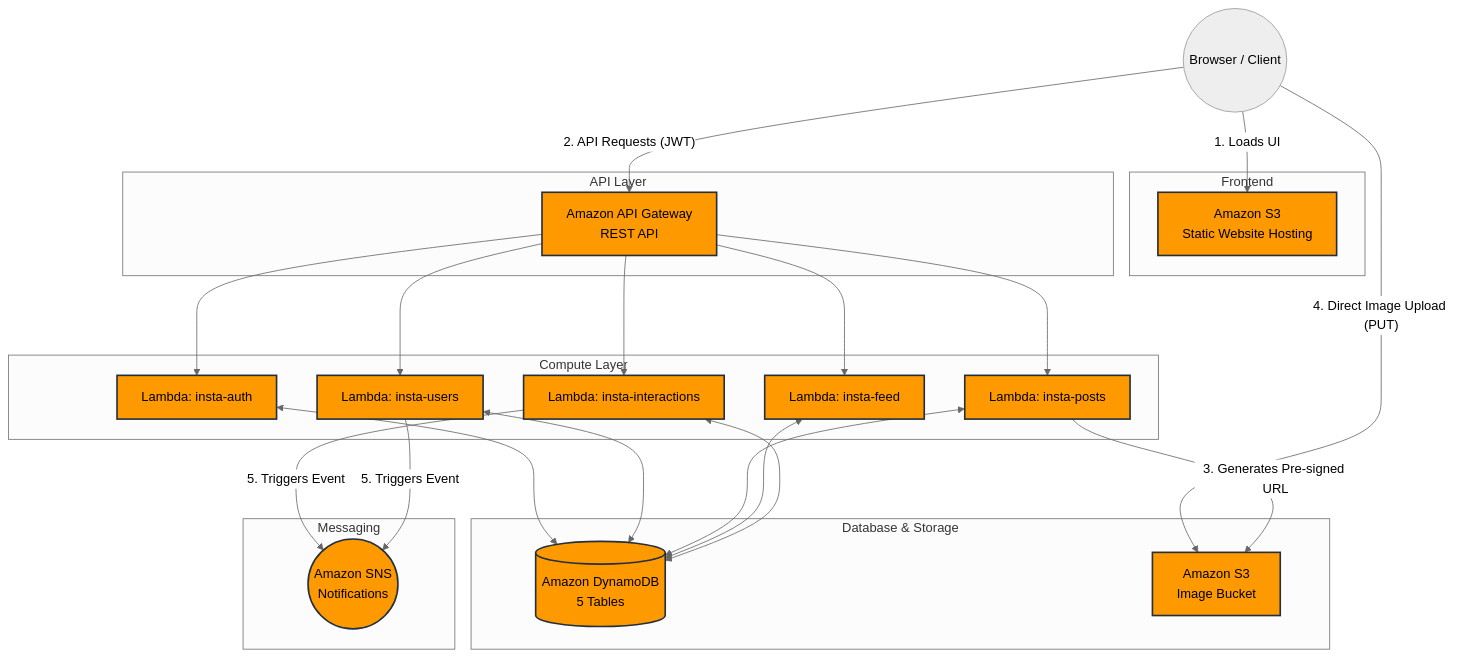
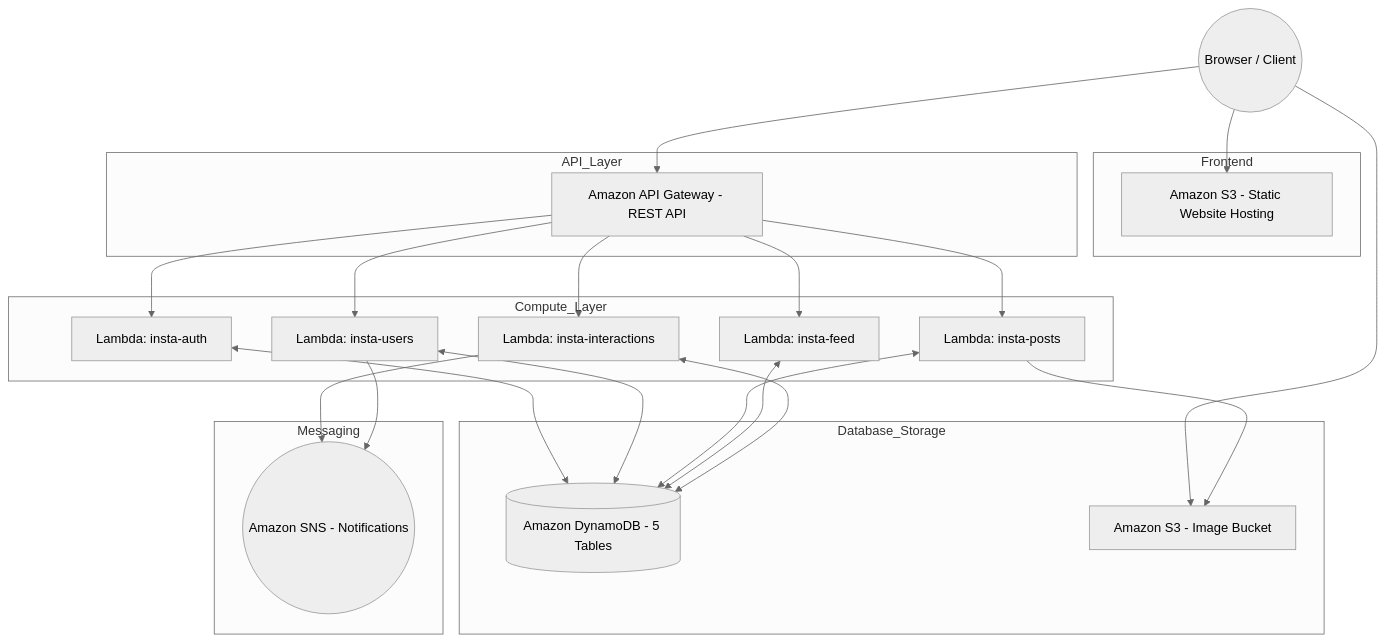
One commit to EPALIPALLYSANTHOSH/InstaClone changed the diagram in README.md. Above: the diagram before and after it, drawn with Mermaid (neutral theme). The commit also changed other lines of this file, not shown here.

````diff
--- a/README.md
+++ b/README.md
@@ -38,51 +67,49 @@
 ```mermaid
 graph TD
-    %% User & Client
     Client((Browser / Client))
-    %% Frontend Hosting
+
     subgraph Frontend
-        S3_UI[Amazon S3<br>Static Website Hosting]
+        S3_UI[Amazon S3 - Static Website Hosting]
     end
-    %% API Layer
-    subgraph API Layer
-        APIGW[Amazon API Gateway<br>REST API]
+
+    subgraph API_Layer
+        APIGW[Amazon API Gateway - REST API]
     end
-    %% Compute Layer
-    subgraph Compute Layer
+
+    subgraph Compute_Layer
         L_Auth[Lambda: insta-auth]
         L_Users[Lambda: insta-users]
         L_Posts[Lambda: insta-posts]
         L_Feed[Lambda: insta-feed]
         L_Inter[Lambda: insta-interactions]
     end
-    %% Storage & Database Layer
-    subgraph Database & Storage
-        DDB[(Amazon DynamoDB<br>5 Tables)]
-        S3_Images[Amazon S3<br>Image Bucket]
+
+    subgraph Database_Storage
+        DDB[(Amazon DynamoDB - 5 Tables)]
+        S3_Images[Amazon S3 - Image Bucket]
     end
-    %% Notification Layer
+
     subgraph Messaging
-        SNS((Amazon SNS<br>Notifications))
+        SNS((Amazon SNS - Notifications))
     end
-    %% Connections
-    Client -- "1. Loads UI" --> S3_UI
-    Client -- "2. API Requests (JWT)" --> APIGW
-    Client -- "4. Direct Image Upload (PUT)" --> S3_Images
+
+    Client --> S3_UI
+    Client --> APIGW
+    Client --> S3_Images
+
     APIGW --> L_Auth
     APIGW --> L_Users
     APIGW --> L_Posts
     APIGW --> L_Feed
     APIGW --> L_Inter
+
     L_Auth <--> DDB
     L_Users <--> DDB
     L_Posts <--> DDB
     L_Feed <--> DDB
     L_Inter <--> DDB
-    L_Posts -- "3. Generates Pre-signed URL" --> S3_Images
-    
-    L_Inter -- "5. Triggers Event" --> SNS
-    L_Users -- "5. Triggers Event" --> SNS
-    
-    classDef aws fill:#FF9900,stroke:#232F3E,stroke-width:2px,color:black;
-    class S3_UI,APIGW,L_Auth,L_Users,L_Posts,L_Feed,L_Inter,DDB,S3_Images,SNS aws;
+
+    L_Posts --> S3_Images
+    L_Inter --> SNS
+    L_Users --> SNS
 ```
````
